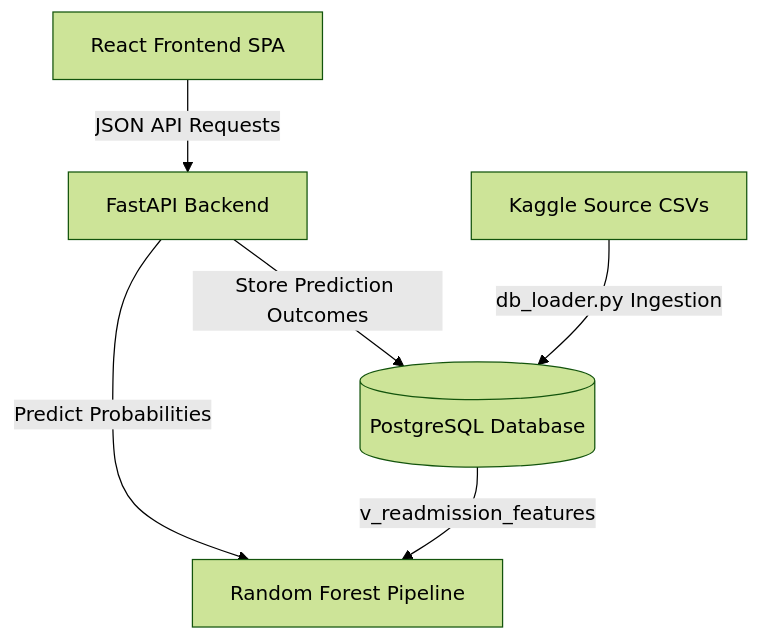
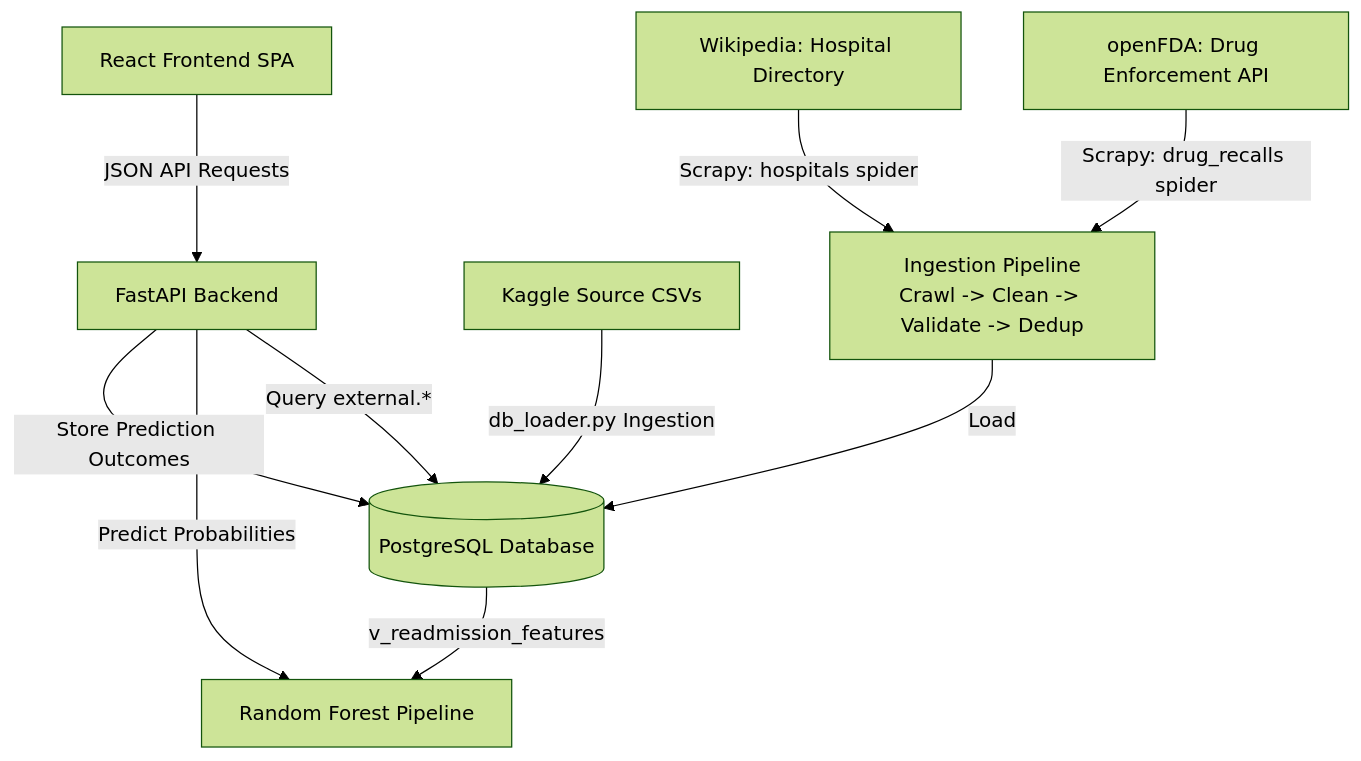
One commit to rudraparmar2310/MedScope-Hospital-Intelligence-Predictive-Analytics-Platform changed the diagram in README.md. Above: the diagram before and after it, drawn with Mermaid (forest theme). The commit also changed other lines of this file and 5 other files, not shown here.

````diff
--- a/README.md
+++ b/README.md
@@ -37,8 +51,13 @@
 ```mermaid
 graph TD
     FE[React Frontend SPA] -->|JSON API Requests| BE[FastAPI Backend]
     BE -->|Store Prediction Outcomes| DB[(PostgreSQL Database)]
     BE -->|Predict Probabilities| ML[Random Forest Pipeline]
     CSV[Kaggle Source CSVs] -->|db_loader.py Ingestion| DB
     DB -->|v_readmission_features| ML
+
+    WIKI[Wikipedia: Hospital Directory] -->|Scrapy: hospitals spider| ING[Ingestion Pipeline<br/>Crawl -> Clean -> Validate -> Dedup]
+    FDA[openFDA: Drug Enforcement API] -->|Scrapy: drug_recalls spider| ING
+    ING -->|Load| DB
+    BE -->|Query external.*| DB
 ```
````
